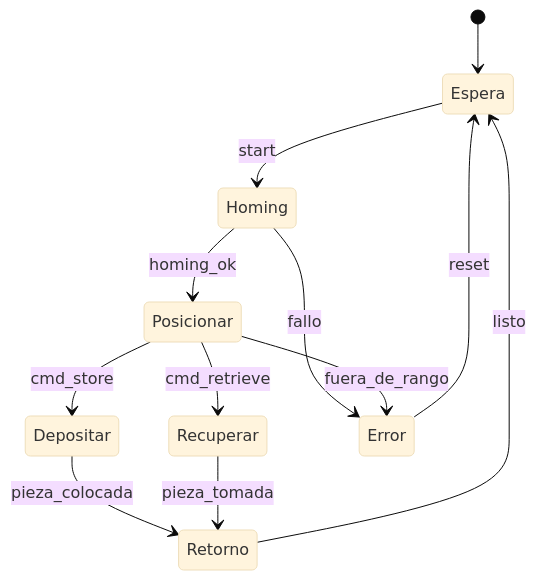
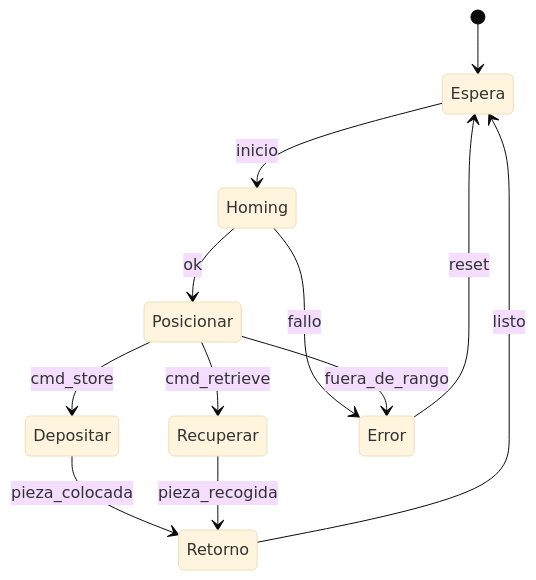
Before and after one commit to SB-312/Proyecto-Intermedio-IIoT: the third of 4 diagrams in README.md, drawn with Mermaid (base theme). The commit also changed other lines of this file, not shown here.

````diff
--- a/README.md
+++ b/README.md
@@ -102,14 +116,14 @@
 ```mermaid
 stateDiagram-v2
     [*] --> Espera
-    Espera --> Homing : start
-    Homing --> Posicionar : homing_ok
+    Espera --> Homing : inicio
+    Homing --> Posicionar : ok
     Posicionar --> Depositar : cmd_store
     Posicionar --> Recuperar : cmd_retrieve
     Depositar --> Retorno : pieza_colocada
-    Recuperar --> Retorno : pieza_tomada
+    Recuperar --> Retorno : pieza_recogida
     Retorno --> Espera : listo
     Homing --> Error : fallo
     Posicionar --> Error : fuera_de_rango
     Error --> Espera : reset
 ```
````
